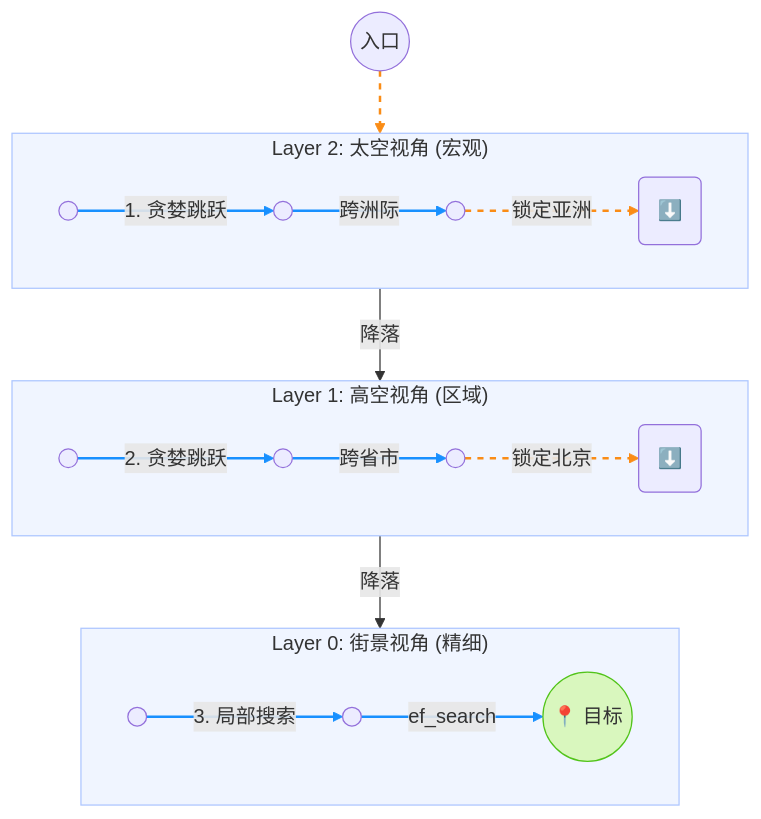
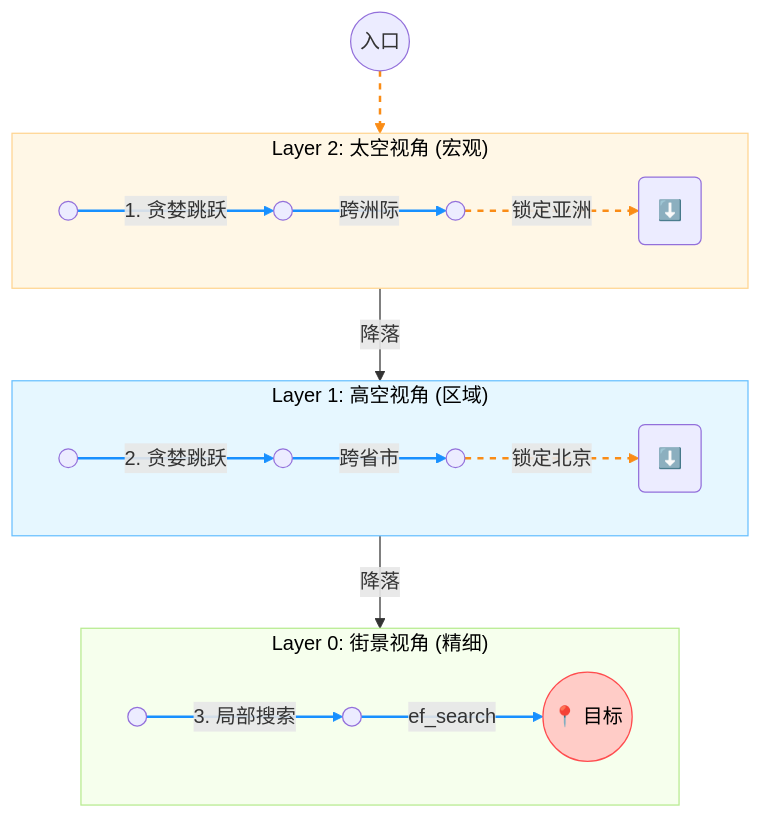
Before and after one commit to ThreeFish-AI/agentic-ai-cognizes: diagram 11 of 38 in docs/research/003-vector-search-algorithm.md, drawn with Mermaid. The commit also changed other lines of this file, not shown here.

````diff
--- a/docs/research/003-vector-search-algorithm.md
+++ b/docs/research/003-vector-search-algorithm.md
@@ -838,37 +838,42 @@
 ```mermaid
 graph TB
     %% Define Layers
     subgraph L2 ["Layer 2: 太空视角 (宏观)"]
         direction LR
         P0(( )) --> |"1. 贪婪跳跃"| P1(( ))
         P1 --> |"跨洲际"| P2(( ))
         P2 -.-> |"锁定亚洲"| Down1(⬇️)
     end
 
     subgraph L1 ["Layer 1: 高空视角 (区域)"]
         direction LR
         P3(( )) --> |"2. 贪婪跳跃"| P4(( ))
         P4 --> |"跨省市"| P5(( ))
         P5 -.-> |"锁定北京"| Down2(⬇️)
     end
 
     subgraph L0 ["Layer 0: 街景视角 (精细)"]
         direction LR
         P6(( )) --> |"3. 局部搜索"| P7(( ))
         P7 --> |"ef_search"| Target((📍 目标))
     end
 
     Entry((入口)) --> L2
     L2 --> |"降落"| L1
     L1 --> |"降落"| L0
 
     %% Styling
     linkStyle 0,1,3,4,6,7 stroke:#1890ff,stroke-width:2px;
     linkStyle 2,5,8 stroke:#fa8c16,stroke-width:2px,stroke-dasharray: 5 5;
 
-    classDef layer fill:#f0f5ff,stroke:#adc6ff;
-    class L2,L1,L0 layer;
+    classDef l2 fill:#fff7e6,stroke:#ffd591,color:#000
+    classDef l1 fill:#e6f7ff,stroke:#69c0ff,color:#000
+    classDef l0 fill:#f6ffed,stroke:#b7eb8f,color:#000
 
-    classDef highlight fill:#d9f7be,stroke:#52c41a;
+    class L2 l2
+    class L1 l1
+    class L0 l0
+
+    classDef highlight fill:#ffccc7,stroke:#ff4d4f,color:#000;
     class Target highlight;
 ```
````
